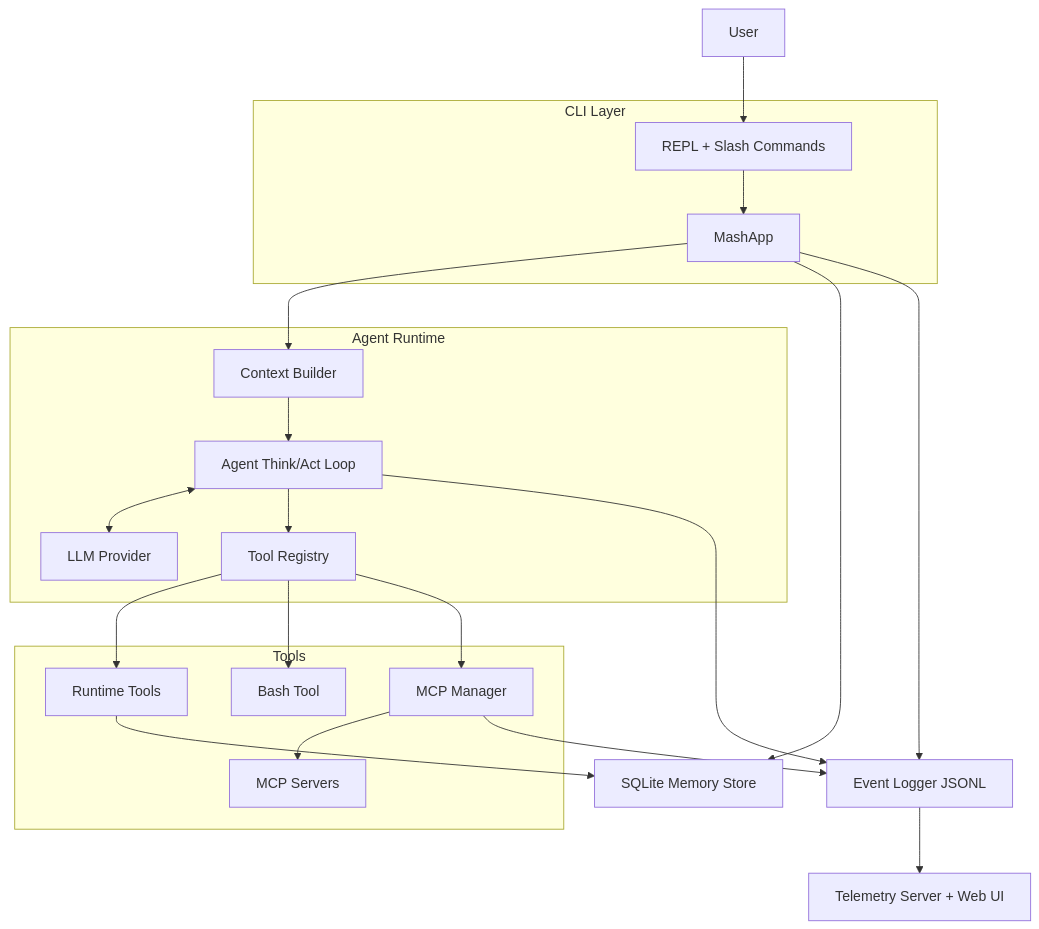
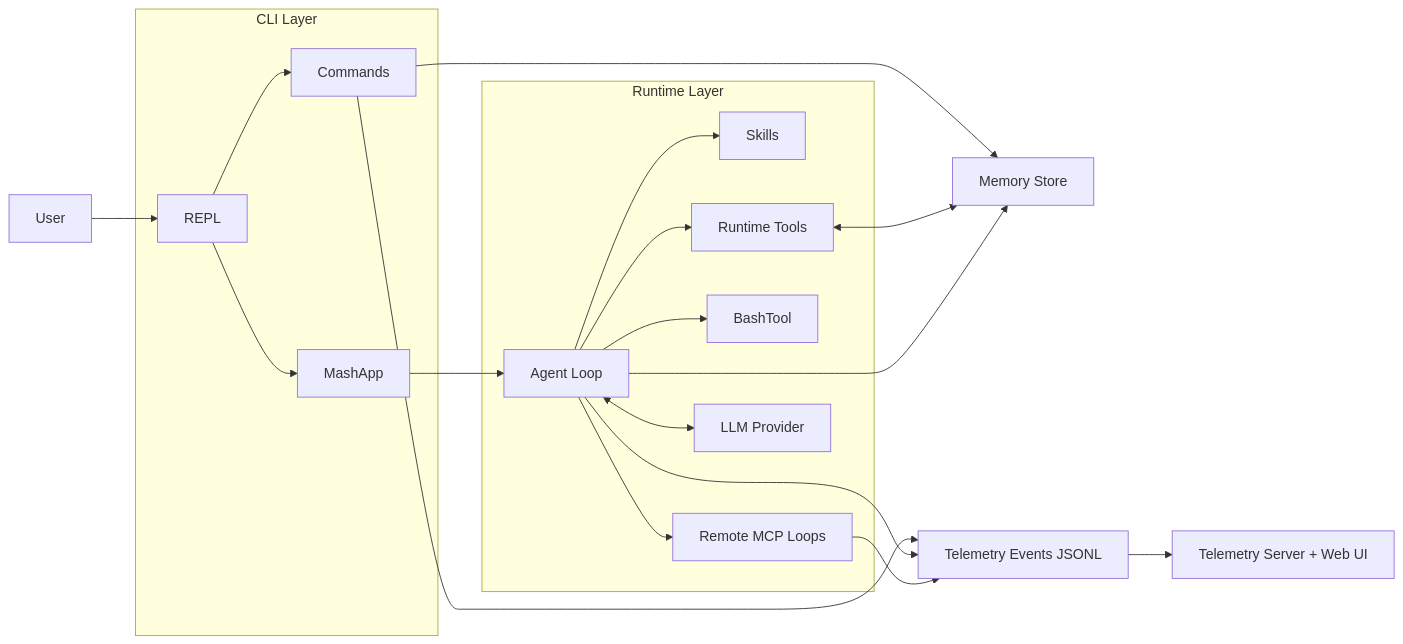
One commit to imsid/mashpy changed the diagram in README.md. Above: the diagram before and after it, drawn with Mermaid. The commit also changed other lines of this file and 1 other file, not shown here.

````diff
--- a/README.md
+++ b/README.md
@@ -26,43 +18,44 @@
 ```mermaid
-flowchart TB
+flowchart LR
     U[User]
 
     subgraph CLI[CLI Layer]
-        R[REPL + Slash Commands]
-        A[MashApp]
+        REPL[REPL]
+        CMD[Commands]
+        APP[MashApp]
     end
 
-    subgraph Runtime[Agent Runtime]
-        C[Context Builder]
-        G[Agent Think/Act Loop]
-        L[LLM Provider]
-        T[Tool Registry]
+    subgraph RUNTIME[Runtime Layer]
+        LOOP[Agent Loop]
+        SKILLS[Skills]
+        RT[Runtime Tools]
+        BASH[BashTool]
+        MCP[Remote MCP Loops]
+        LLM[LLM Provider]
     end
 
-    subgraph Integrations[Tools]
-        RT[Runtime Tools]
-        BT[Bash Tool]
-        MM[MCP Manager]
-        MS[MCP Servers]
-    end
-
-    DB[SQLite Memory Store]
-    LOG[Event Logger JSONL]
+    MEM[Memory Store]
+    LOG[Telemetry Events JSONL]
     TEL[Telemetry Server + Web UI]
 
-    U --> R --> A --> C --> G
-    G <--> L
-    G --> T
-    T --> RT
-    T --> BT
-    T --> MM
-    MM --> MS
+    U --> REPL
+    REPL --> CMD
+    REPL --> APP
 
-    A --> DB
-    RT --> DB
+    CMD --> MEM
+    CMD --> LOG
 
-    A --> LOG
-    G --> LOG
-    MM --> LOG
+    APP --> LOOP
+    LOOP <--> LLM
+    LOOP --> SKILLS
+    LOOP --> RT
+    LOOP --> BASH
+    LOOP --> MCP
+
+    RT <--> MEM
+    LOOP --> MEM
+
+    LOOP --> LOG
+    MCP --> LOG
     LOG --> TEL
 ```
````
